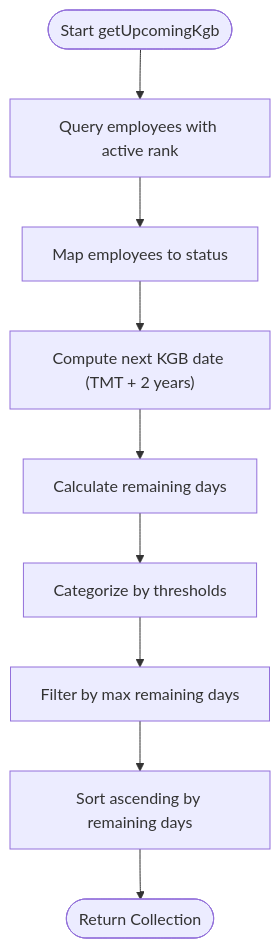
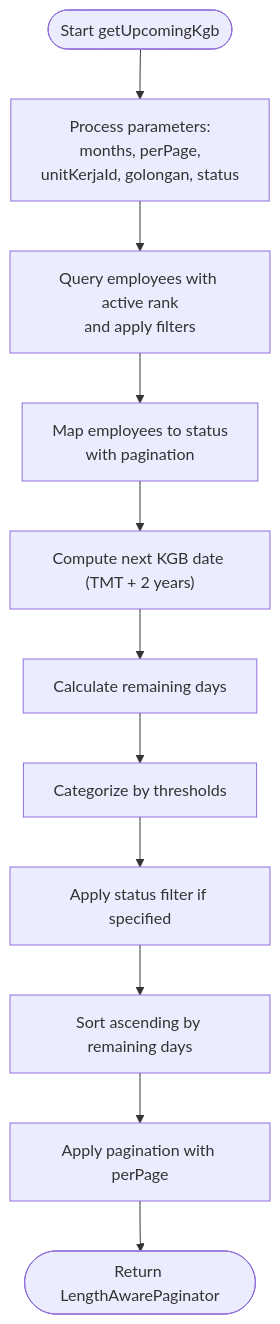
The third of 7 diagrams in .qoder/repowiki/en/content/Monitoring and Analytics System/Monitoring and Analytics System.md (PA-Penajam/kepegawaian_apps), drawn with Mermaid before and after one commit. The commit also changed other lines of this file and 22 other files, not shown here.

````diff
--- a/.qoder/repowiki/en/content/Monitoring and Analytics System/Monitoring and Analytics System.md
+++ b/.qoder/repowiki/en/content/Monitoring and Analytics System/Monitoring and Analytics System.md
@@ -162,11 +214,13 @@
 ```mermaid
 flowchart TD
-Start(["Start getUpcomingKgb"]) --> Query["Query employees with active rank"]
-Query --> Map["Map employees to status"]
+Start(["Start getUpcomingKgb"]) --> Params["Process parameters:<br/>months, perPage,<br/>unitKerjaId, golongan, status"]
+Params --> Query["Query employees with active rank<br/>and apply filters"]
+Query --> Map["Map employees to status<br/>with pagination"]
 Map --> Calc["Compute next KGB date (TMT + 2 years)"]
 Calc --> Days["Calculate remaining days"]
 Days --> Categorize["Categorize by thresholds"]
-Categorize --> Filter["Filter by max remaining days"]
+Categorize --> Filter["Apply status filter if specified"]
 Filter --> Sort["Sort ascending by remaining days"]
-Sort --> End(["Return Collection"])
+Sort --> Paginate["Apply pagination with perPage"]
+Paginate --> End(["Return LengthAwarePaginator"])
 ```
````
